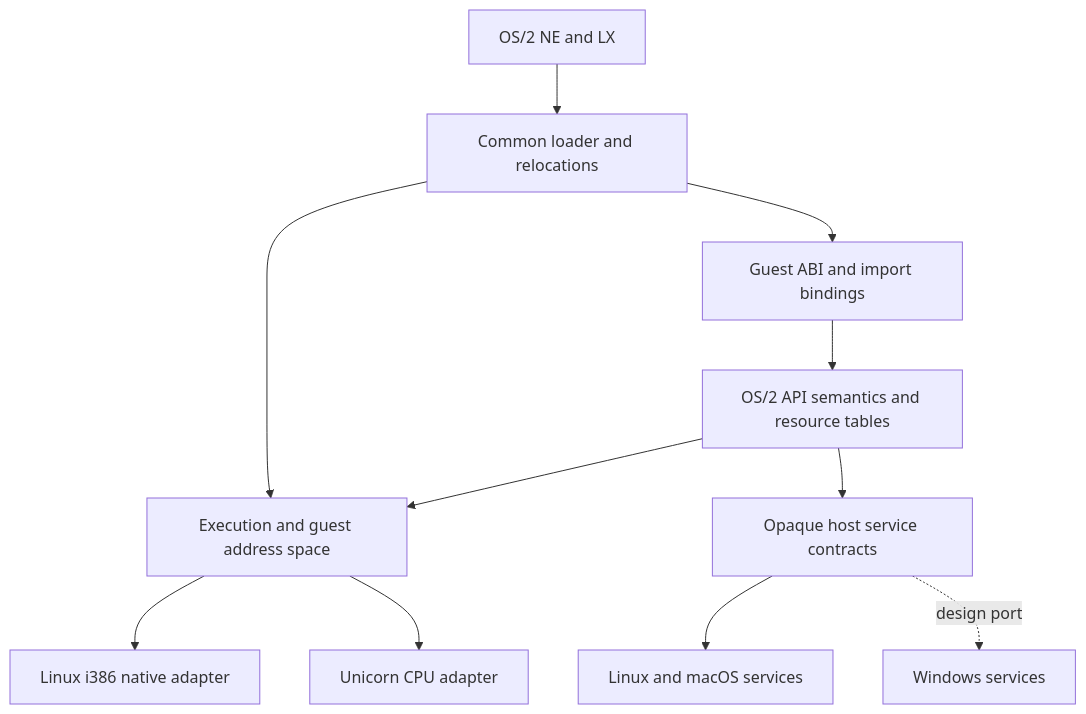
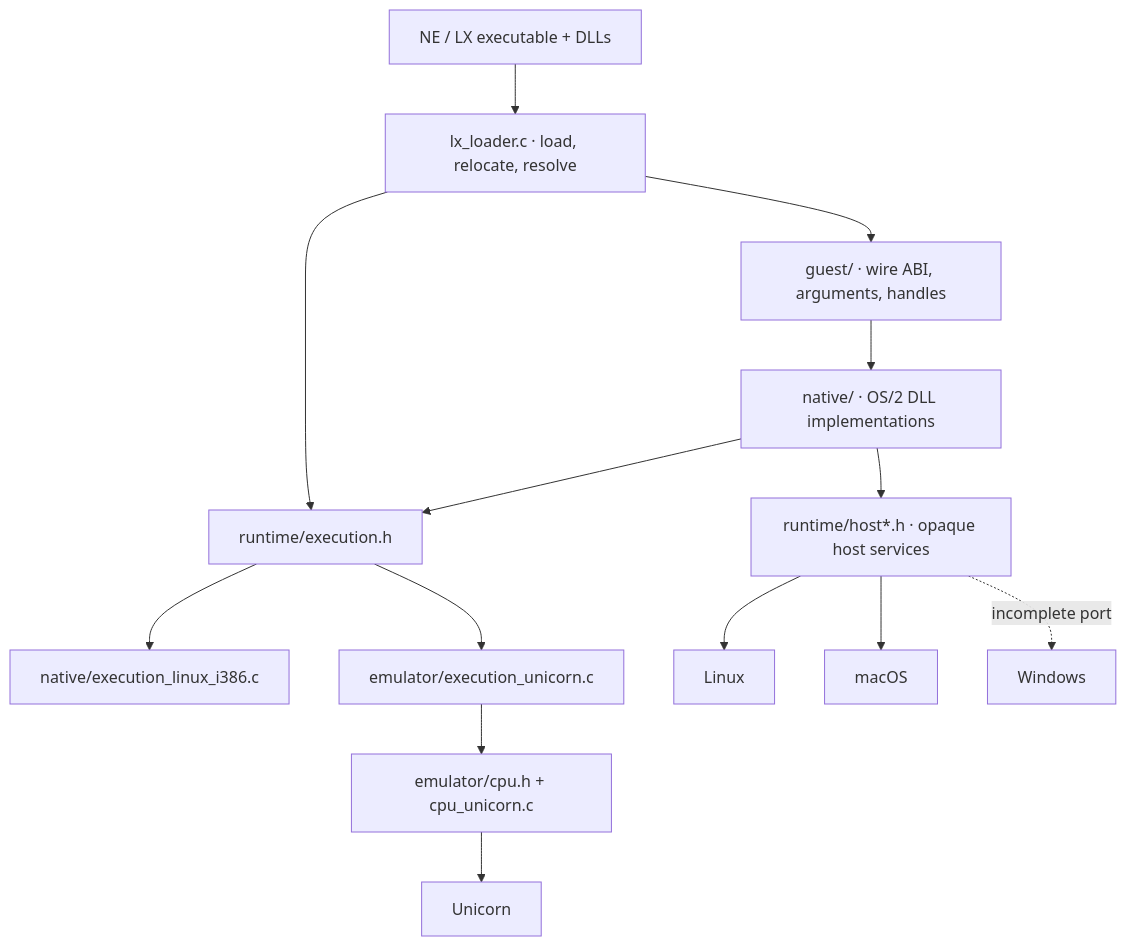
One commit to bitwisecook/2ine changed the first of 9 diagrams in docs/architecture.md. Above: the diagram before and after it, drawn with Mermaid. The commit also changed other lines of this file and 132 other files, not shown here.

First line of the commit message:
Organize execution backends, restore concise docs and port tools to typed Python

````diff
--- a/docs/architecture.md
+++ b/docs/architecture.md
@@ -9,13 +9,15 @@
 ```mermaid
 flowchart TD
-    Images[OS/2 NE and LX] --> Loader[Common loader and relocations]
-    Loader --> ABI[Guest ABI and import bindings]
-    ABI --> APIs[OS/2 API semantics and resource tables]
-    Loader --> Exec[Execution and guest address space]
-    APIs --> Exec
-    APIs --> Host[Opaque host service contracts]
-    Exec --> Native[Linux i386 native adapter]
-    Exec --> Emu[Unicorn CPU adapter]
-    Host --> POSIX[Linux and macOS services]
-    Host -. design port .-> Windows[Windows services]
+    Image["NE / LX executable + DLLs"] --> Loader["lx_loader.c · load, relocate, resolve"]
+    Loader --> Guest["guest/ · wire ABI, arguments, handles"]
+    Guest --> APIs["native/ · OS/2 DLL implementations"]
+    Loader --> Execution["runtime/execution.h"]
+    APIs --> Execution
+    Execution --> Native["native/execution_linux_i386.c"]
+    Execution --> Emulator["emulator/execution_unicorn.c"]
+    Emulator --> CPU["emulator/cpu.h + cpu_unicorn.c"] --> Unicorn["Unicorn"]
+    APIs --> Host["runtime/host*.h · opaque host services"]
+    Host --> Linux["Linux"]
+    Host --> Mac["macOS"]
+    Host -. incomplete port .-> Windows["Windows"]
 ```
````
